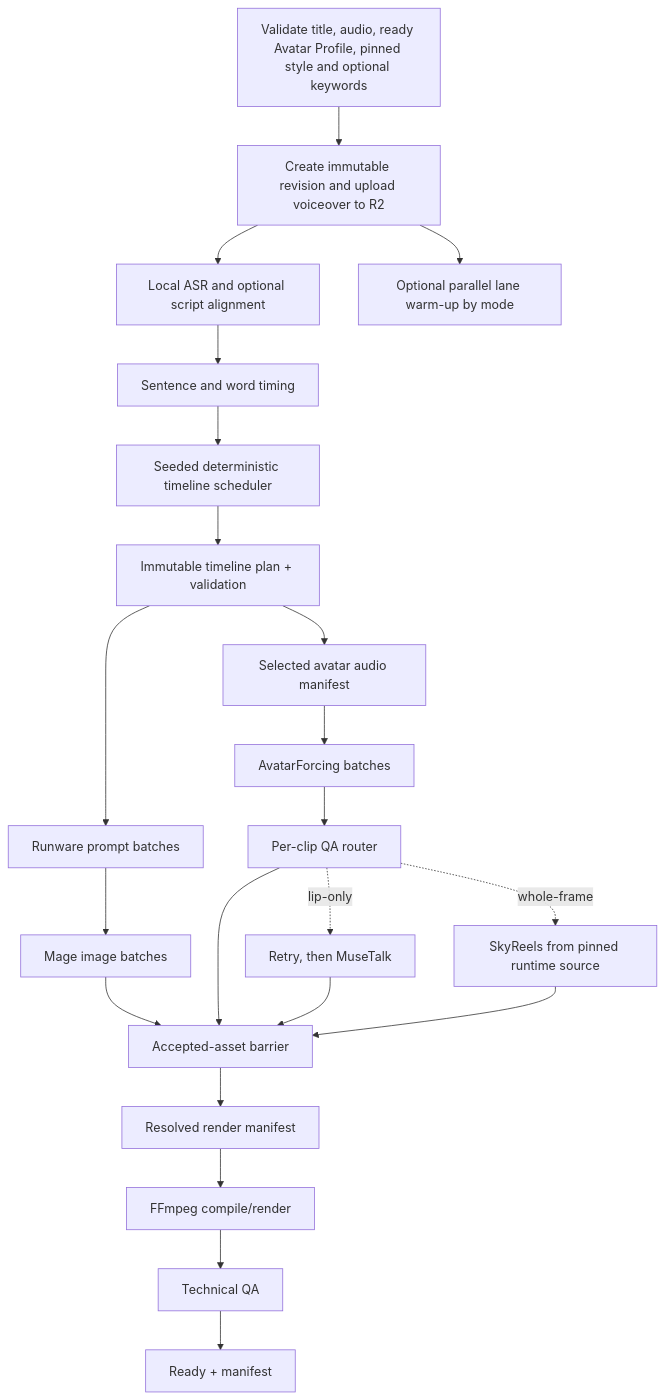
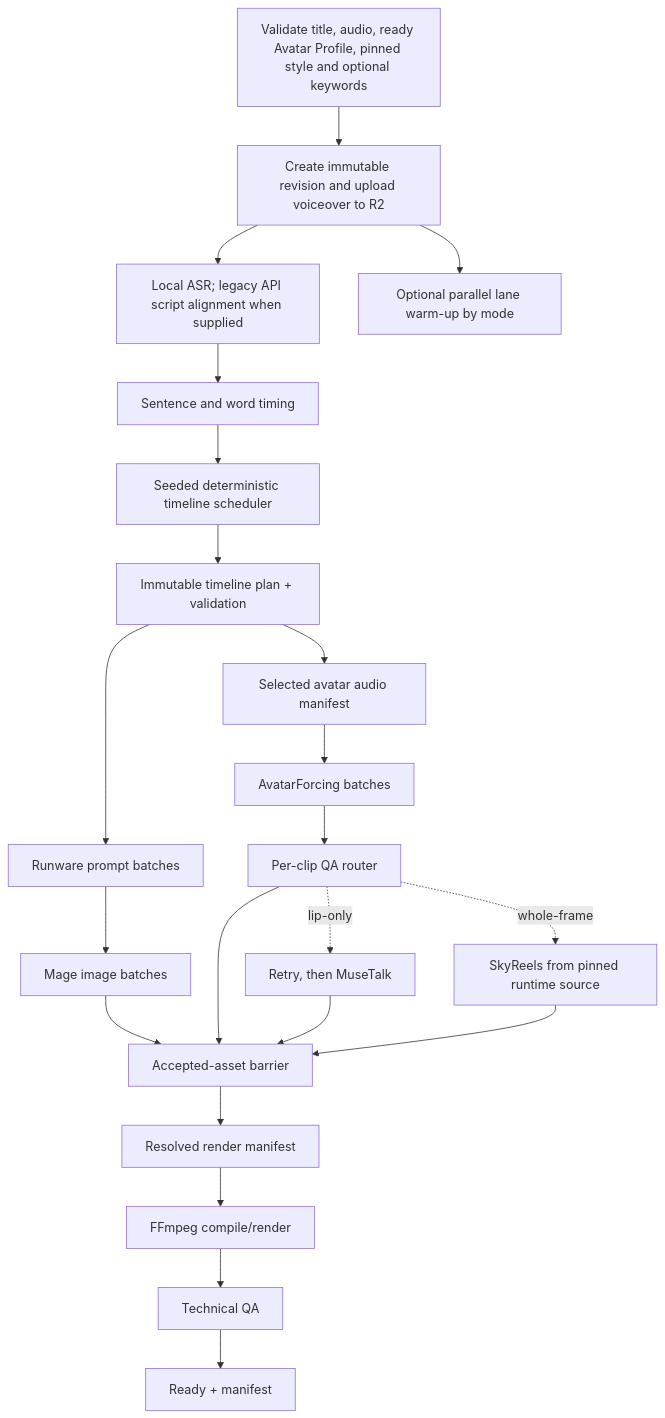
One commit to Pala-LakshmanSai/videoforge changed the diagram in project-context/07_PIPELINE_AND_SCHEDULER.md. Above: the diagram before and after it, drawn with Mermaid. The commit also changed other lines of this file and 54 other files, not shown here.

````diff
--- a/project-context/07_PIPELINE_AND_SCHEDULER.md
+++ b/project-context/07_PIPELINE_AND_SCHEDULER.md
@@ -8,24 +8,24 @@
 ```mermaid
 flowchart TD
     A["Validate title, audio, ready Avatar Profile, pinned style and optional keywords"] --> B["Create immutable revision and upload voiceover to R2"]
-    B --> C["Local ASR and optional script alignment"]
+    B --> C["Local ASR; legacy API script alignment when supplied"]
     B --> W["Optional parallel lane warm-up by mode"]
     C --> D["Sentence and word timing"]
     D --> E["Seeded deterministic timeline scheduler"]
     E --> F["Immutable timeline plan + validation"]
     F --> G["Runware prompt batches"]
     F --> H["Selected avatar audio manifest"]
     G --> I["Mage image batches"]
     H --> J["AvatarForcing batches"]
     J --> K["Per-clip QA router"]
     K -. "lip-only" .-> L["Retry, then MuseTalk"]
     K -. "whole-frame" .-> M["SkyReels from pinned runtime source"]
     I --> N["Accepted-asset barrier"]
     K --> N
     L --> N
     M --> N
     N --> R["Resolved render manifest"]
     R --> O["FFmpeg compile/render"]
     O --> P["Technical QA"]
     P --> Q["Ready + manifest"]
 ```
````
